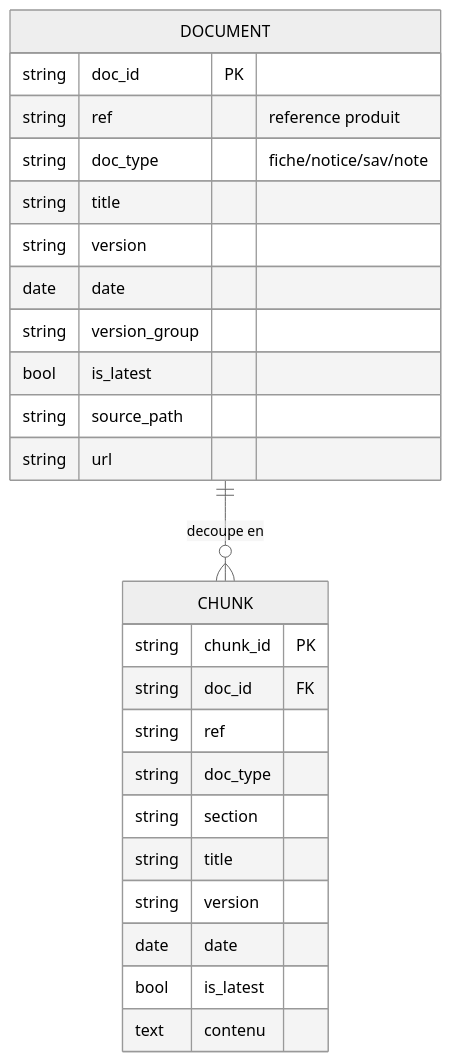
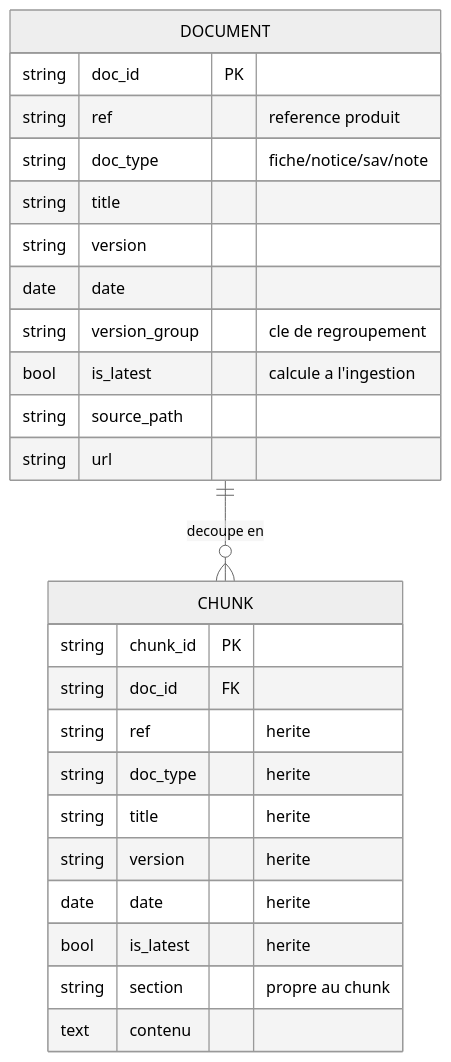
One commit to Bealph/sorabel-gateway changed the second of 4 diagrams in docs/conception/01_flux_chunks.md. Above: the diagram before and after it, drawn with Mermaid (neutral theme). The commit also changed other lines of this file and 1 other file, not shown here.

First line of the commit message:
Detailler le flux d'ingestion, le retrieval, le chunk et les metadonnees

````diff
--- a/docs/conception/01_flux_chunks.md
+++ b/docs/conception/01_flux_chunks.md
@@ -172,28 +263,28 @@
 ```mermaid
 erDiagram
     DOCUMENT ||--o{ CHUNK : "decoupe en"
     DOCUMENT {
         string doc_id PK
         string ref "reference produit"
         string doc_type "fiche/notice/sav/note"
         string title
         string version
         date   date
-        string version_group
-        bool   is_latest
+        string version_group "cle de regroupement"
+        bool   is_latest "calcule a l'ingestion"
         string source_path
         string url
     }
     CHUNK {
         string chunk_id PK
         string doc_id FK
-        string ref
-        string doc_type
-        string section
-        string title
-        string version
-        date   date
-        bool   is_latest
+        string ref "herite"
+        string doc_type "herite"
+        string title "herite"
+        string version "herite"
+        date   date "herite"
+        bool   is_latest "herite"
+        string section "propre au chunk"
         text   contenu
     }
 ```
````
